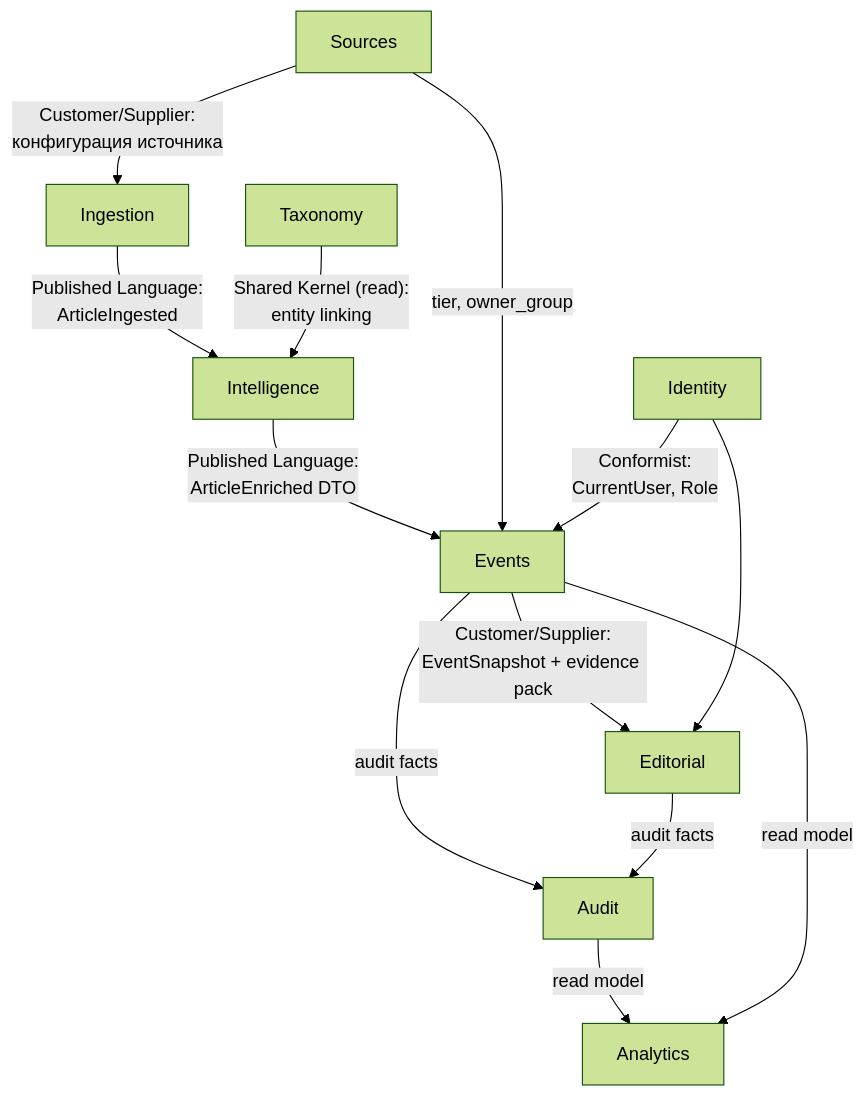
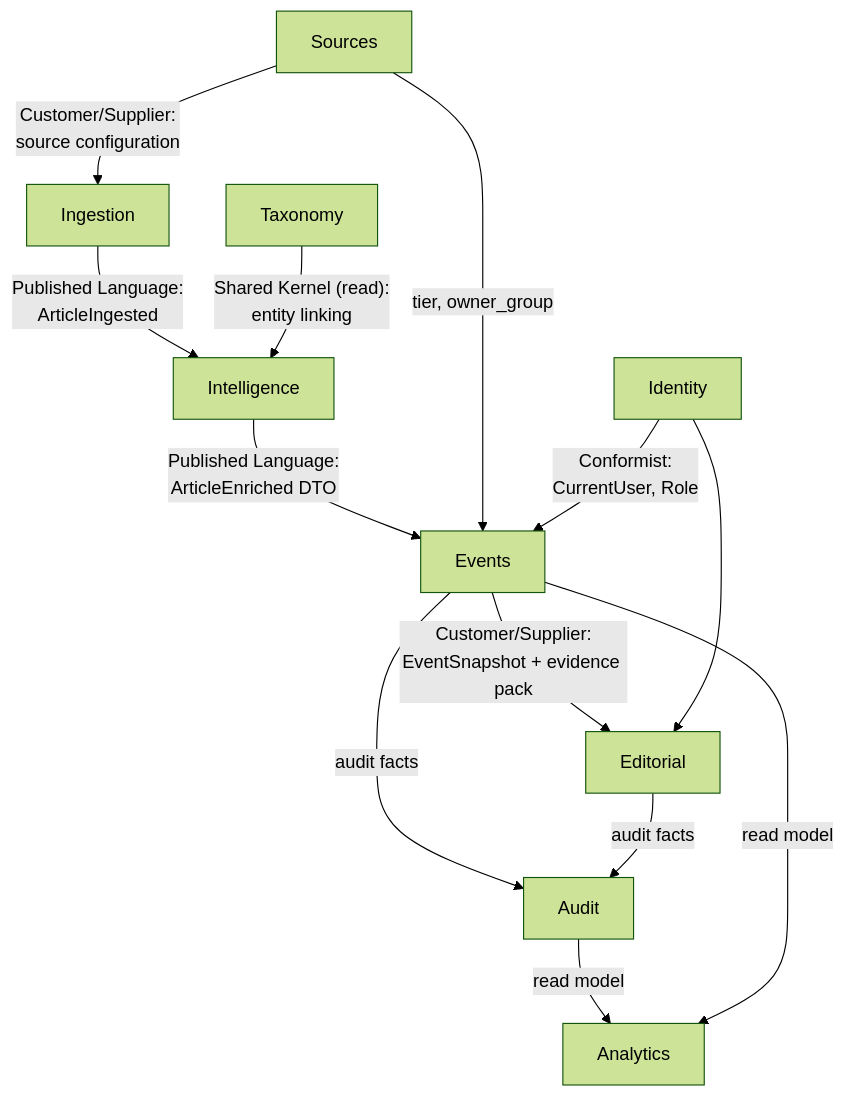
One commit to notLeri/sportintel changed the second of 13 diagrams in docs/ARCHITECTURE.md. Above: the diagram before and after it, drawn with Mermaid (forest theme). The commit also changed other lines of this file and 13 other files, not shown here.

Commit message:
docs: translate architecture doc and API descriptions to English

````diff
--- a/docs/ARCHITECTURE.md
+++ b/docs/ARCHITECTURE.md
@@ -179,15 +179,15 @@
 ```mermaid
 flowchart TB
-  Sources -->|"Customer/Supplier:<br/>конфигурация источника"| Ingestion
+  Sources -->|"Customer/Supplier:<br/>source configuration"| Ingestion
   Ingestion -->|"Published Language:<br/>ArticleIngested"| Intelligence
   Taxonomy -->|"Shared Kernel (read):<br/>entity linking"| Intelligence
   Intelligence -->|"Published Language:<br/>ArticleEnriched DTO"| Events
   Sources -->|"tier, owner_group"| Events
   Events -->|"Customer/Supplier:<br/>EventSnapshot + evidence pack"| Editorial
   Identity -->|"Conformist:<br/>CurrentUser, Role"| Events
   Identity --> Editorial
   Events -->|"audit facts"| Audit
   Editorial -->|"audit facts"| Audit
   Audit -->|"read model"| Analytics
   Events -->|"read model"| Analytics
 ```
````
